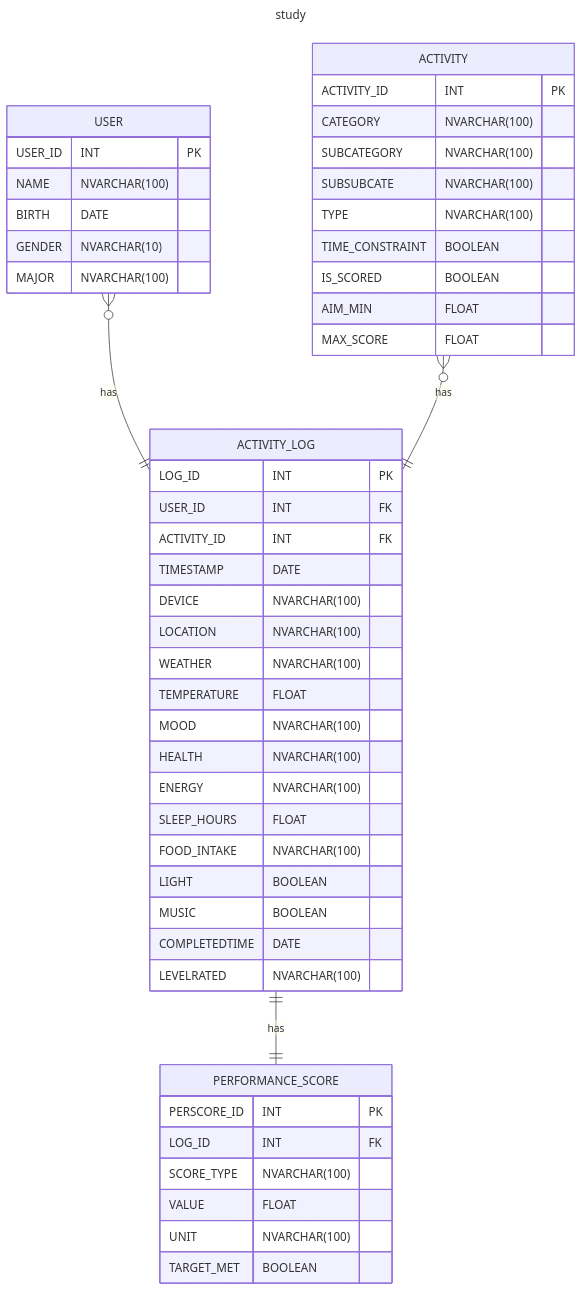
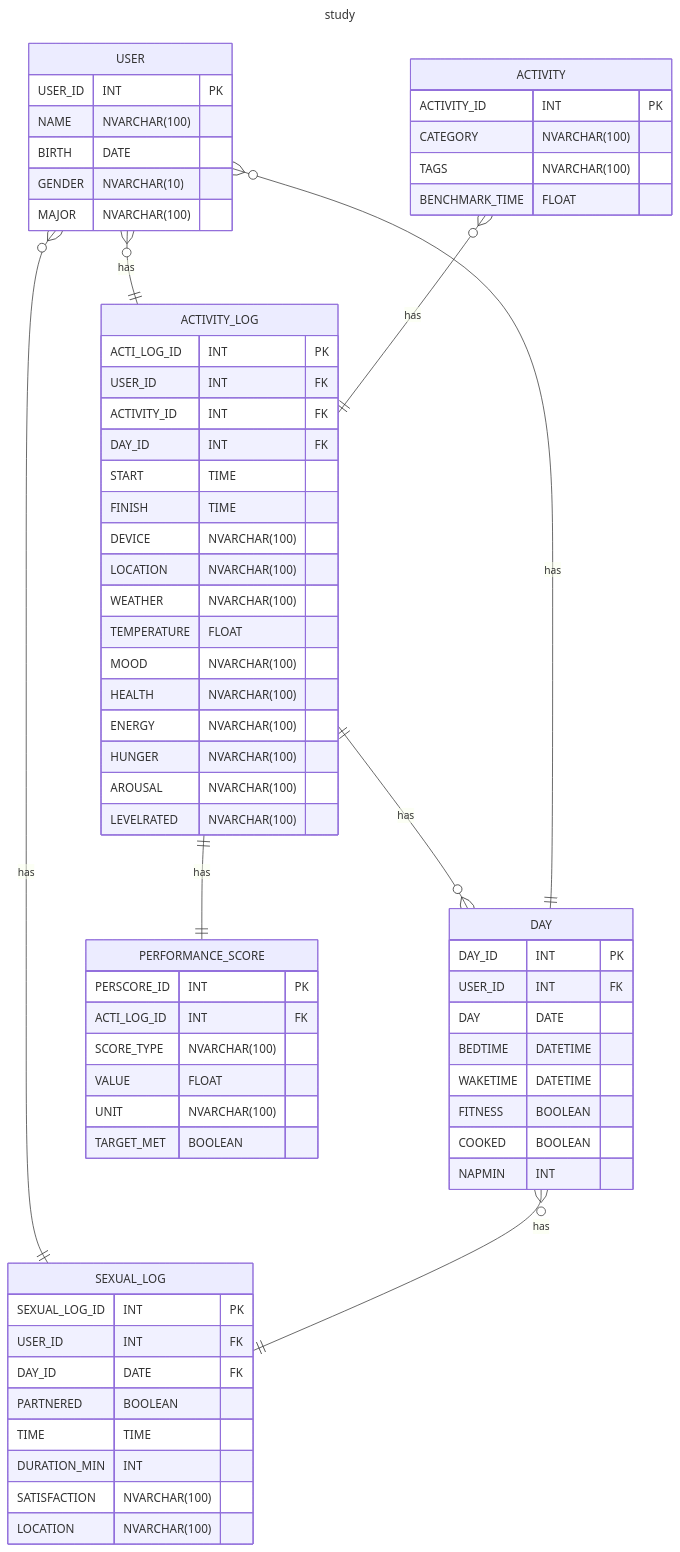
One commit to Bancie/LearningDB changed the diagram in brain.study/README.md. Above: the diagram before and after it, drawn with Mermaid. The commit also changed 2 other files, not shown here.

````diff
--- a/brain.study/README.md
+++ b/brain.study/README.md
@@ -2,59 +2,79 @@
 ```mermaid
 ---
 title: study
 ---
 erDiagram
     
     USER {
         USER_ID INT PK
         NAME NVARCHAR(100)
         BIRTH DATE
         GENDER NVARCHAR(10)
         MAJOR NVARCHAR(100)
     }
 
     ACTIVITY {
         ACTIVITY_ID INT PK
         CATEGORY NVARCHAR(100)
-        SUBCATEGORY NVARCHAR(100)
-        SUBSUBCATE NVARCHAR(100)
-        TYPE NVARCHAR(100)
-        TIME_CONSTRAINT BOOLEAN
-        IS_SCORED BOOLEAN
-        AIM_MIN FLOAT
-        MAX_SCORE FLOAT
+        TAGS NVARCHAR(100)
+        BENCHMARK_TIME FLOAT
+    }
+
+    DAY {
+        DAY_ID INT PK
+        USER_ID INT FK
+        DAY DATE
+        BEDTIME DATETIME
+        WAKETIME DATETIME
+        FITNESS BOOLEAN
+        COOKED BOOLEAN
+        NAPMIN INT
     }
 
     ACTIVITY_LOG {
-        LOG_ID INT PK
+        ACTI_LOG_ID INT PK
         USER_ID INT FK
         ACTIVITY_ID INT FK
-        TIMESTAMP DATE
+        DAY_ID INT FK
+        START TIME
+        FINISH TIME
         DEVICE NVARCHAR(100)
         LOCATION NVARCHAR(100)
         WEATHER NVARCHAR(100)
         TEMPERATURE FLOAT
         MOOD NVARCHAR(100)
         HEALTH NVARCHAR(100)
         ENERGY NVARCHAR(100)
-        SLEEP_HOURS FLOAT
-        FOOD_INTAKE NVARCHAR(100)
-        LIGHT BOOLEAN
-        MUSIC BOOLEAN
-        COMPLETEDTIME DATE
+        HUNGER NVARCHAR(100)
+        AROUSAL NVARCHAR(100)
         LEVELRATED NVARCHAR(100)
     }
 
     PERFORMANCE_SCORE {
         PERSCORE_ID INT PK
-        LOG_ID INT FK
+        ACTI_LOG_ID INT FK
         SCORE_TYPE NVARCHAR(100)
         VALUE FLOAT
         UNIT NVARCHAR(100)
         TARGET_MET BOOLEAN
     }
 
+    SEXUAL_LOG {
+        SEXUAL_LOG_ID INT PK
+        USER_ID INT FK
+        DAY_ID DATE FK
+        PARTNERED BOOLEAN
+        TIME TIME
+        DURATION_MIN INT
+        SATISFACTION NVARCHAR(100)
+        LOCATION NVARCHAR(100)
+    }
+
     USER o{--|| ACTIVITY_LOG : has
     ACTIVITY o{--|| ACTIVITY_LOG : has
     ACTIVITY_LOG ||--|| PERFORMANCE_SCORE : has
+    ACTIVITY_LOG ||--o{ DAY : has
+    DAY ||--o{ USER : has
+    USER o{--|| SEXUAL_LOG : has
+    DAY o{--|| SEXUAL_LOG : has
 ```
````
